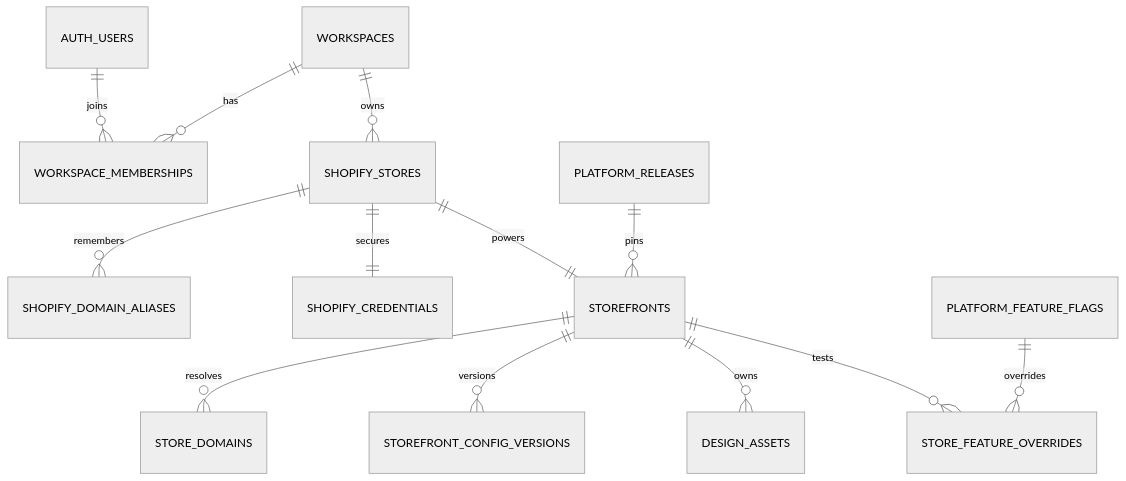
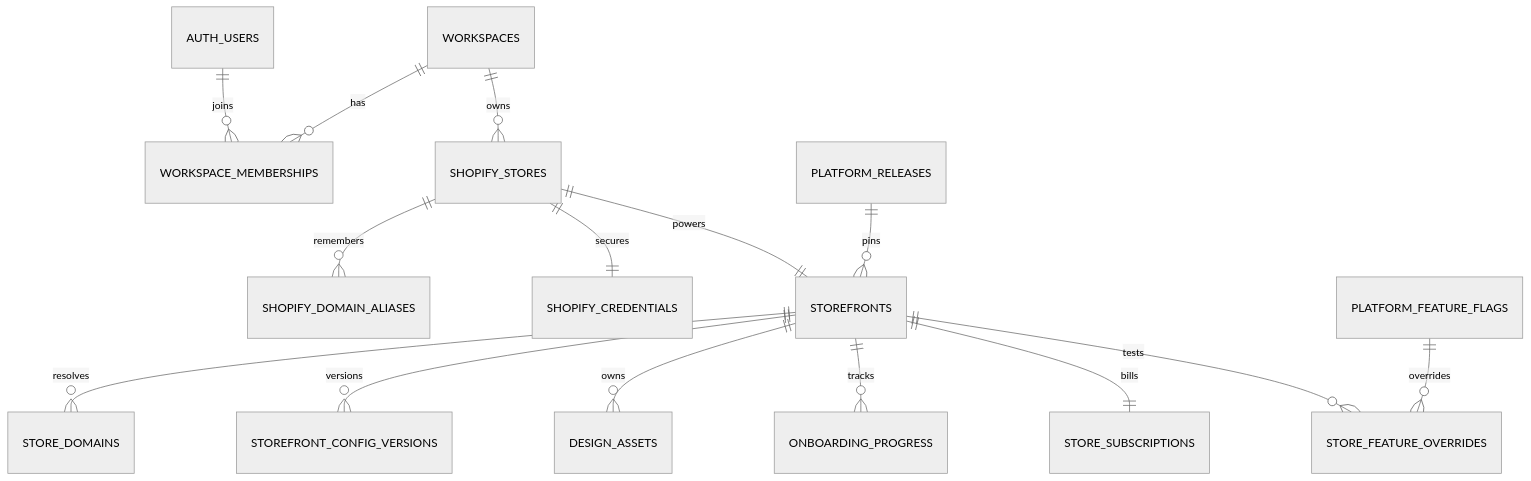
One commit to abdullahucaak/e-commerce-shopify changed the second of 3 diagrams in docs/system-architecture-tr.md. Above: the diagram before and after it, drawn with Mermaid (neutral theme). The commit also changed other lines of this file and 92 other files, not shown here.

````diff
--- a/docs/system-architecture-tr.md
+++ b/docs/system-architecture-tr.md
@@ -103,15 +109,17 @@
 ```mermaid
 erDiagram
     AUTH_USERS ||--o{ WORKSPACE_MEMBERSHIPS : joins
     WORKSPACES ||--o{ WORKSPACE_MEMBERSHIPS : has
     WORKSPACES ||--o{ SHOPIFY_STORES : owns
     SHOPIFY_STORES ||--o{ SHOPIFY_DOMAIN_ALIASES : remembers
     SHOPIFY_STORES ||--|| SHOPIFY_CREDENTIALS : secures
     SHOPIFY_STORES ||--|| STOREFRONTS : powers
     STOREFRONTS ||--o{ STORE_DOMAINS : resolves
     STOREFRONTS ||--o{ STOREFRONT_CONFIG_VERSIONS : versions
     STOREFRONTS ||--o{ DESIGN_ASSETS : owns
+    STOREFRONTS ||--o{ ONBOARDING_PROGRESS : tracks
+    STOREFRONTS ||--|| STORE_SUBSCRIPTIONS : bills
     STOREFRONTS ||--o{ STORE_FEATURE_OVERRIDES : tests
     PLATFORM_RELEASES ||--o{ STOREFRONTS : pins
     PLATFORM_FEATURE_FLAGS ||--o{ STORE_FEATURE_OVERRIDES : overrides
 ```
````
